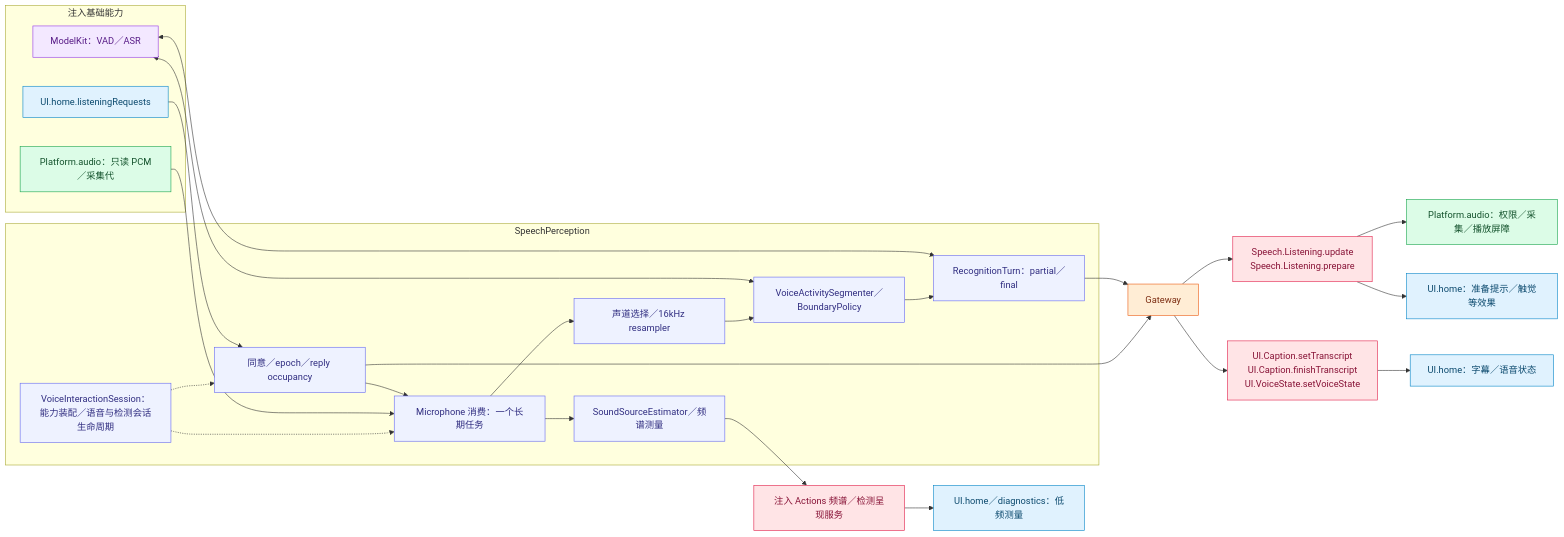
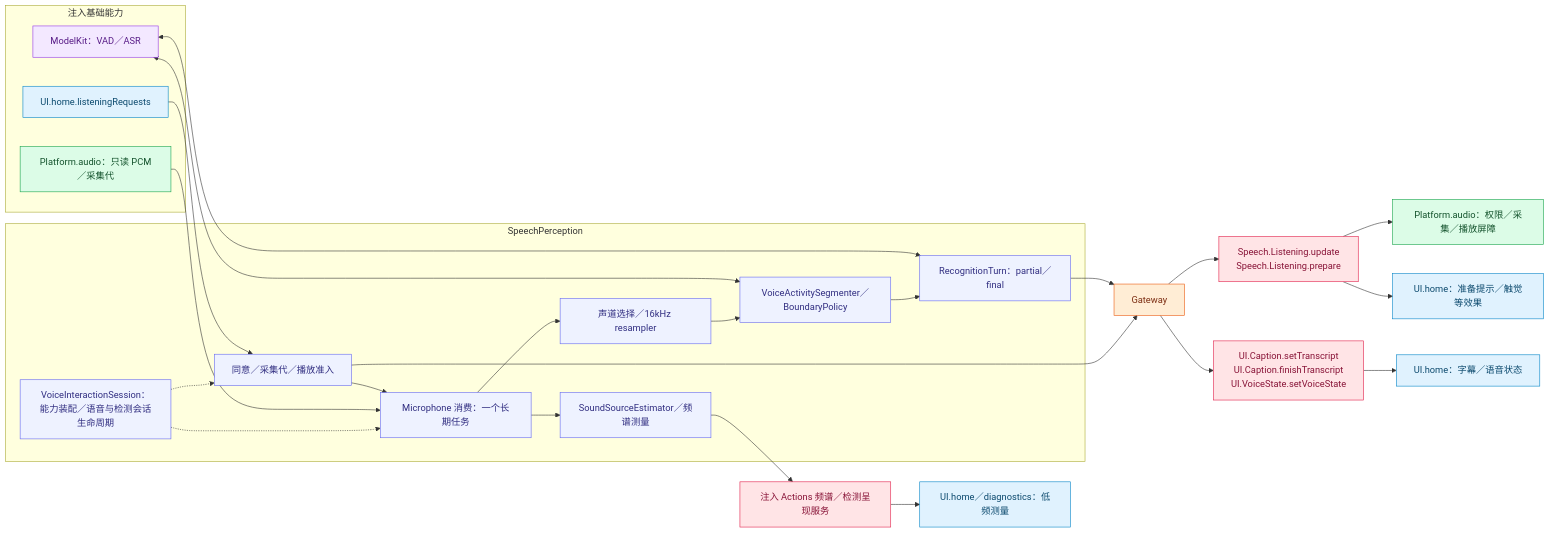
One commit to devilyouwei/MobileHarness changed the second of 2 diagrams in MobileHarness/Agents/SpeechPerception/README.md. Above: the diagram before and after it, drawn with Mermaid. The commit also changed other lines of this file and 152 other files, not shown here.

````diff
--- a/MobileHarness/Agents/SpeechPerception/README.md
+++ b/MobileHarness/Agents/SpeechPerception/README.md
@@ -74,43 +74,43 @@
 ```mermaid
 flowchart LR
  subgraph Injected["注入基础能力"]
  U["UI.home.listeningRequests"]:::ui
  P["Platform.audio：只读 PCM／采集代"]:::platform
  M["ModelKit：VAD／ASR"]:::model
  end
  subgraph Role["SpeechPerception"]
  V["VoiceInteractionSession：能力装配／语音与检测会话生命周期"]:::agent
- L["同意／epoch／reply occupancy"]:::agent
+ L["同意／采集代／播放准入"]:::agent
  N["Microphone 消费：一个长期任务"]:::agent
  R["声道选择／16kHz resampler"]:::agent
  B["VoiceActivitySegmenter／BoundaryPolicy"]:::agent
  T["RecognitionTurn：partial／final"]:::agent
  S["SoundSourceEstimator／频谱测量"]:::agent
  end
  V -.-> L
  V -.-> N
  U --> L
  P --> N
  L --> N
  N --> R --> B --> T
  N --> S
  M <--> B
  M <--> T
  L --> G["Gateway"]:::gateway
  T --> G
  G --> X["Speech.Listening.update<br/>Speech.Listening.prepare"]:::action
  G --> Y["UI.Caption.setTranscript<br/>UI.Caption.finishTranscript<br/>UI.VoiceState.setVoiceState"]:::action
  X --> PC["Platform.audio：权限／采集／播放屏障"]:::platform
  X --> UE["UI.home：准备提示／触觉等效果"]:::ui
  Y --> UC["UI.home：字幕／语音状态"]:::ui
  S --> AP["注入 Actions 频谱／检测呈现服务"]:::action
  AP --> US["UI.home／diagnostics：低频测量"]:::ui
  classDef ui fill:#e0f2fe,stroke:#0284c7,color:#0c4a6e
  classDef platform fill:#dcfce7,stroke:#16a34a,color:#14532d
  classDef model fill:#f3e8ff,stroke:#9333ea,color:#581c87
  classDef storage fill:#fef3c7,stroke:#d97706,color:#78350f
  classDef agent fill:#eef2ff,stroke:#6366f1,color:#312e81
  classDef gateway fill:#ffedd5,stroke:#ea580c,color:#7c2d12
  classDef action fill:#ffe4e6,stroke:#e11d48,color:#881337
  classDef host fill:#f1f5f9,stroke:#64748b,color:#334155
 ```
````
